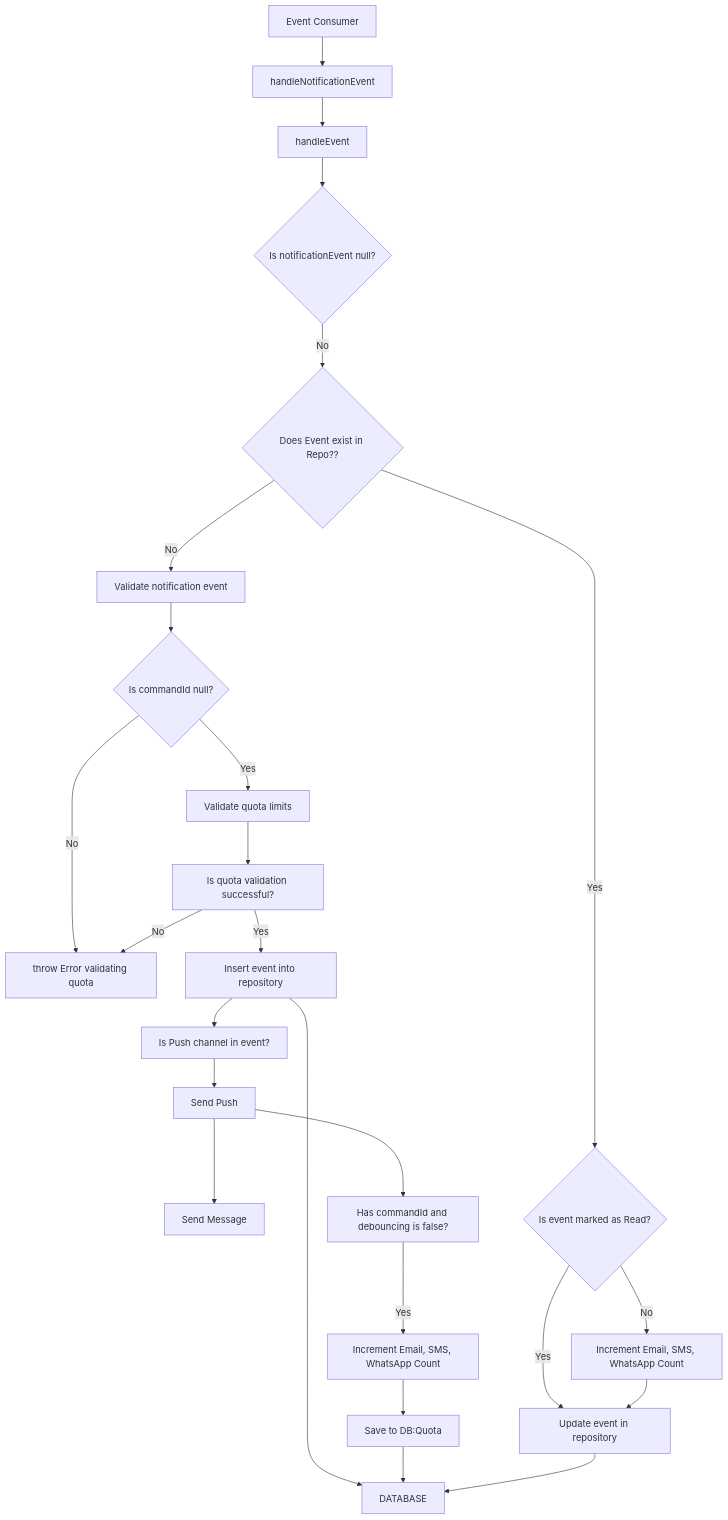
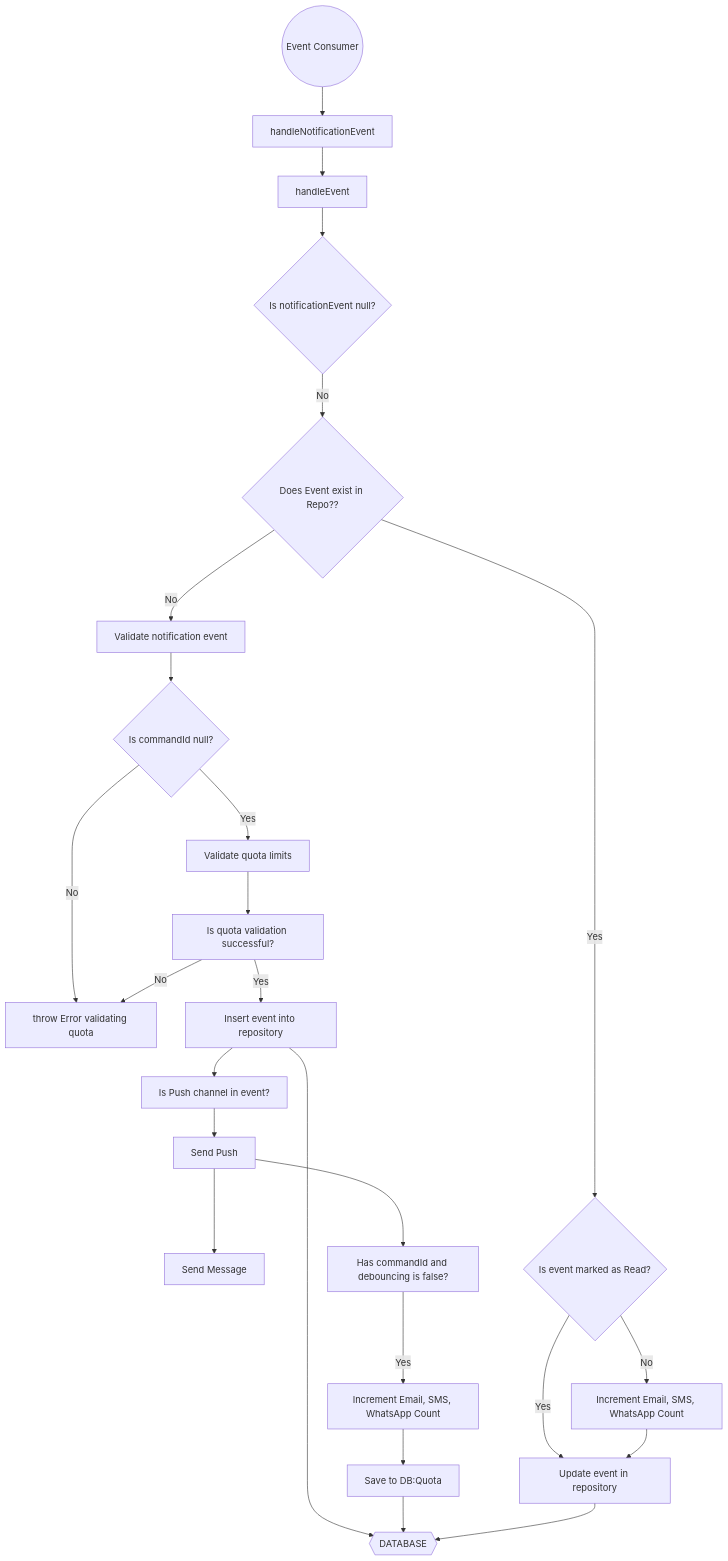
One commit to SahilAggarwall/NewJourney changed the second of 3 diagrams in NewFC.md. Above: the diagram before and after it, drawn with Mermaid. The commit also changed other lines of this file, not shown here.

````diff
--- a/NewFC.md
+++ b/NewFC.md
@@ -108,13 +108,13 @@
 ```mermaid
    flowchart
-    EC[Event Consumer] --> P[handleNotificationEvent] --> P1[handleEvent] --> P2{Is notificationEvent null?} -- No --> P3{Does Event exist in Repo??}
+    EC((Event Consumer)) --> P[handleNotificationEvent] --> P1[handleEvent] --> P2{Is notificationEvent null?} -- No --> P3{Does Event exist in Repo??}
     P3 -- No --> P4[Validate notification event] --> P5{Is commandId null?}
     P5 -- No --> P6[throw Error validating quota]
-    P5 -- Yes --> P7[Validate quota limits] --> P8[Is quota validation successful?] -- Yes --> P9[Insert event into repository] --> DB[DATABASE]
+    P5 -- Yes --> P7[Validate quota limits] --> P8[Is quota validation successful?] -- Yes --> P9[Insert event into repository] --> DB{{DATABASE}}
     P8 -- No --> P6
     P9 --> P10[Is Push channel in event?] --> P11[Send Push] --> SM[Send Message]
     P11 --> P12[Has commandId and debouncing is false?] -- Yes --> P13[Increment Emai﻿l, SMS, WhatsApp Count] --> P14[Save to DB:Quota] --> DB
     P3 -- Yes --> P15{Is event marked as Read?}
     P15 -- Yes --> P16[Update event in repository]
-    P15 -- No --> P17[Increment Email, SMS, WhatsApp Count] --> P16 --> DB[DATABASE]
+    P15 -- No --> P17[Increment Email, SMS, WhatsApp Count] --> P16 --> DB
 ```
````
